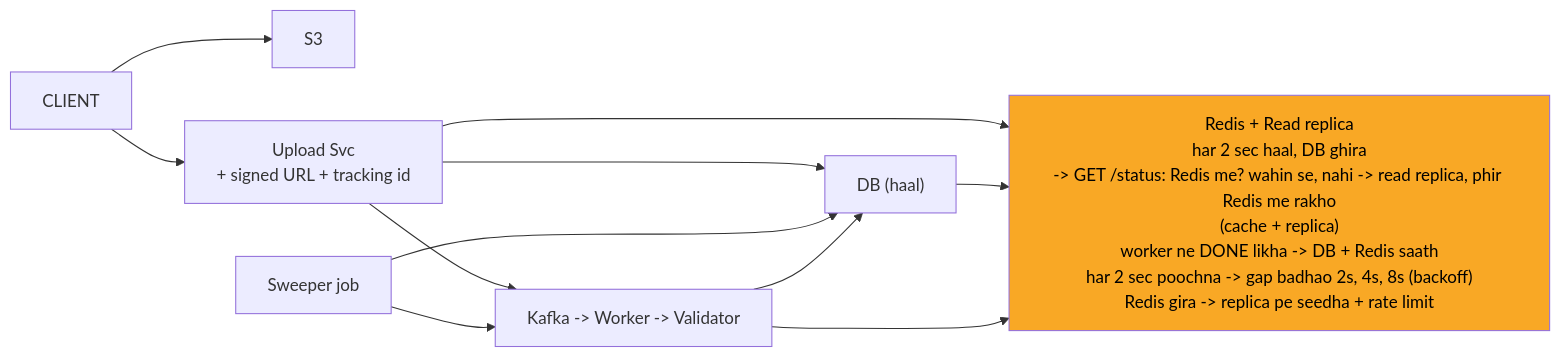
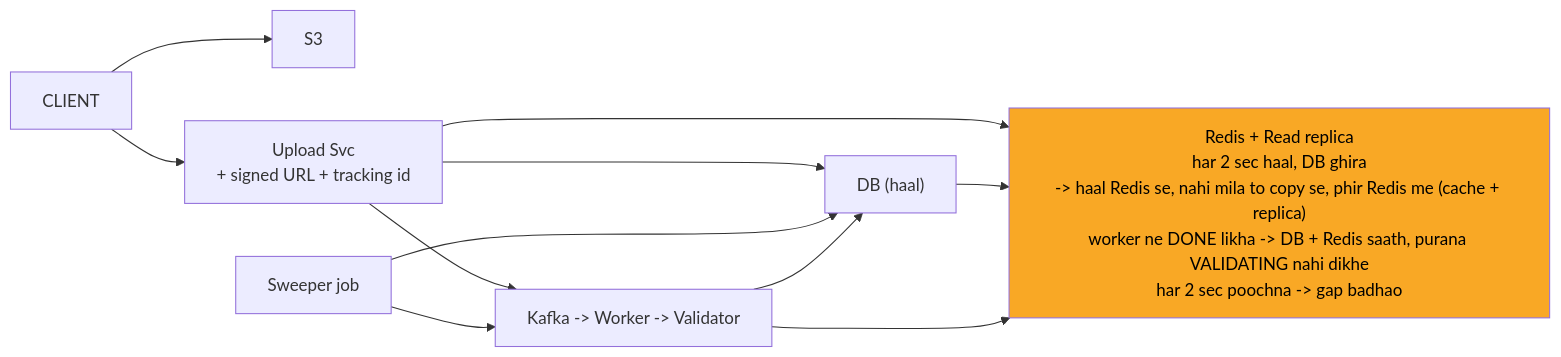
One commit to ArpanMaheshwari144/Prep changed the diagram in 04_HLD/SYSTEM_DESIGNS/07_file_upload_validate_system/img/c5.mmd. Above: the diagram before and after it, drawn with Mermaid. The commit also changed 38 other files, not shown here.

```diff
--- a/04_HLD/SYSTEM_DESIGNS/07_file_upload_validate_system/img/c5.mmd
+++ b/04_HLD/SYSTEM_DESIGNS/07_file_upload_validate_system/img/c5.mmd
@@ -1,20 +1,20 @@
 %%{init: {"flowchart": {"wrappingWidth": 450}}}%%
 flowchart LR
     n_CLIENT["CLIENT"]
     n_S3["S3"]
     n_Upload_Svc["Upload Svc<br/>+ signed URL + tracking id"]
-    n_RC["Redis + Read replica<br/>har 2 sec haal, DB ghira<br/>-> GET /status: Redis me? wahin se, nahi -> read replica, phir Redis me rakho<br/>(cache + replica)<br/>worker ne DONE likha -> DB + Redis saath<br/>har 2 sec poochna -> gap badhao 2s, 4s, 8s (backoff)<br/>Redis gira -> replica pe seedha + rate limit"]
+    n_RC["Redis + Read replica<br/>har 2 sec haal, DB ghira<br/>-> haal Redis se, nahi mila to copy se, phir Redis me (cache + replica)<br/>worker ne DONE likha -> DB + Redis saath, purana VALIDATING nahi dikhe<br/>har 2 sec poochna -> gap badhao"]
     n_DB["DB (haal)"]
     n_Sweeper_job["Sweeper job"]
     n_CHAIN["Kafka -> Worker -> Validator"]
     n_CLIENT --> n_S3
     n_CLIENT --> n_Upload_Svc
     n_Upload_Svc --> n_RC
     n_Upload_Svc --> n_DB
     n_DB --> n_RC
     n_Upload_Svc --> n_CHAIN
     n_Sweeper_job --> n_DB
     n_Sweeper_job --> n_CHAIN
     n_CHAIN --> n_DB
     n_CHAIN --> n_RC
     style n_RC fill:#f9a825,color:#000
```
